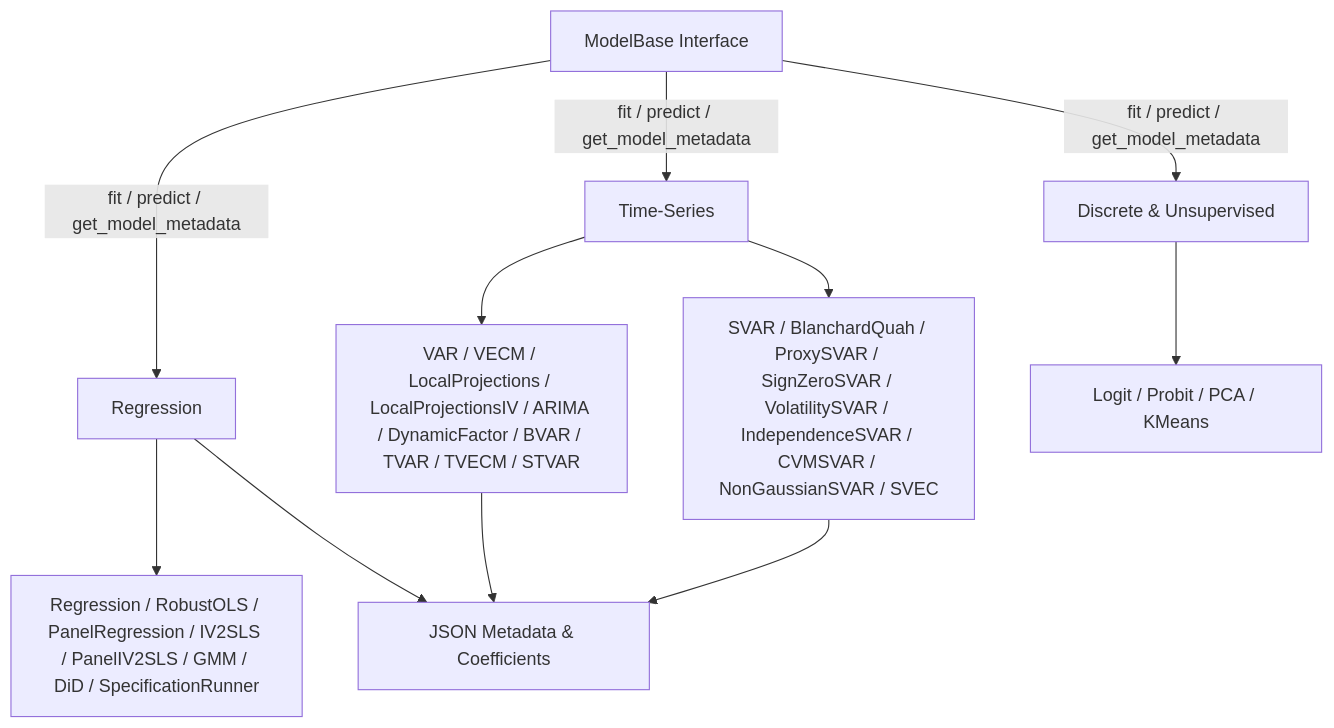
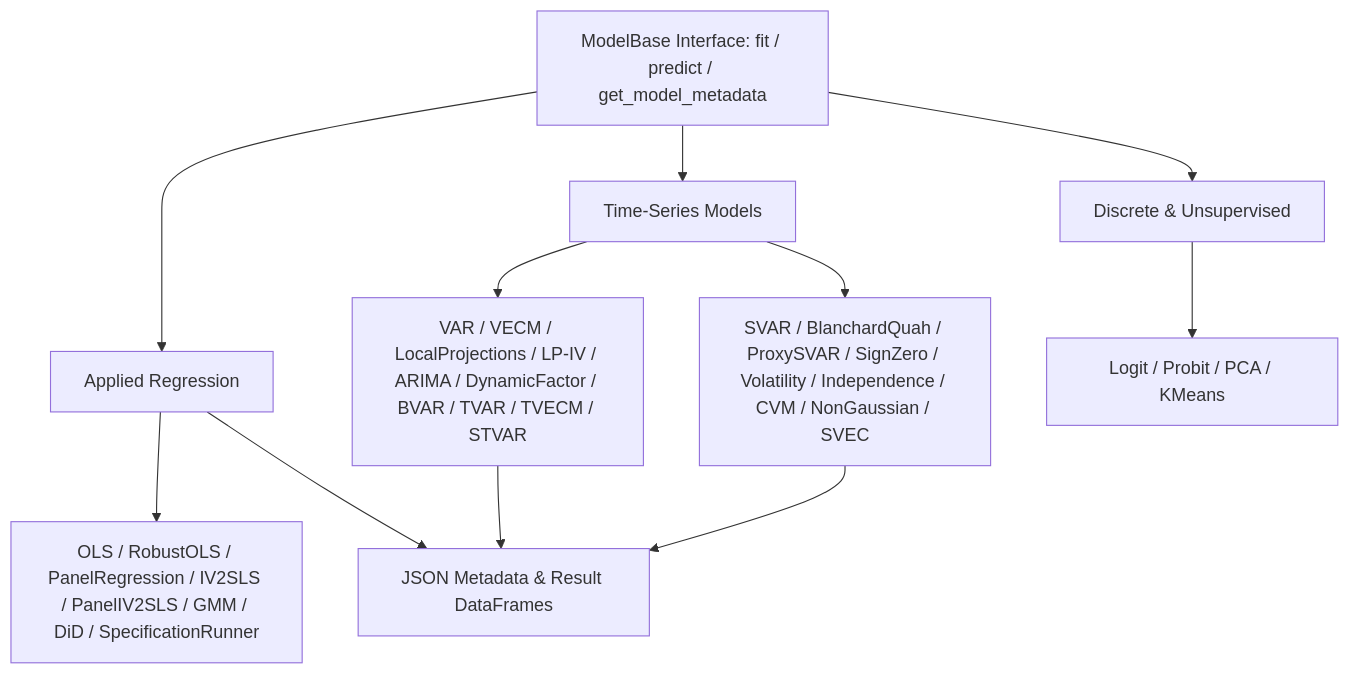
One commit to corybaird/stats-transformer changed the third of 4 diagrams in docs/library/architecture.md. Above: the diagram before and after it, drawn with Mermaid. The commit also changed other lines of this file and 3 other files, not shown here.

Commit message:
REFACTOR Consolidate architecture and create models and datasets catalogs

````diff
--- a/docs/library/architecture.md
+++ b/docs/library/architecture.md
@@ -115,15 +124,15 @@
 ```mermaid
 flowchart TD
-    MB[ModelBase Interface] --> |fit / predict / get_model_metadata| REG[Regression]
-    MB --> |fit / predict / get_model_metadata| TS[Time-Series]
-    MB --> |fit / predict / get_model_metadata| UNSUP[Discrete & Unsupervised]
+    MB[ModelBase Interface: fit / predict / get_model_metadata] --> REG[Applied Regression]
+    MB --> TS[Time-Series Models]
+    MB --> UNSUP[Discrete & Unsupervised]
 
-    REG --> OLS[Regression / RobustOLS / PanelRegression / IV2SLS / PanelIV2SLS / GMM / DiD / SpecificationRunner]
-    TS --> VAR[VAR / VECM / LocalProjections / LocalProjectionsIV / ARIMA / DynamicFactor / BVAR / TVAR / TVECM / STVAR]
-    TS --> SVAR[SVAR / BlanchardQuah / ProxySVAR / SignZeroSVAR / VolatilitySVAR / IndependenceSVAR / CVMSVAR / NonGaussianSVAR / SVEC]
+    REG --> OLS[OLS / RobustOLS / PanelRegression / IV2SLS / PanelIV2SLS / GMM / DiD / SpecificationRunner]
+    TS --> VAR[VAR / VECM / LocalProjections / LP-IV / ARIMA / DynamicFactor / BVAR / TVAR / TVECM / STVAR]
+    TS --> SVAR[SVAR / BlanchardQuah / ProxySVAR / SignZero / Volatility / Independence / CVM / NonGaussian / SVEC]
     UNSUP --> DIS[Logit / Probit / PCA / KMeans]
 
-    VAR --> META[JSON Metadata & Coefficients]
+    VAR --> META[JSON Metadata & Result DataFrames]
     SVAR --> META
     REG --> META
 ```
````
